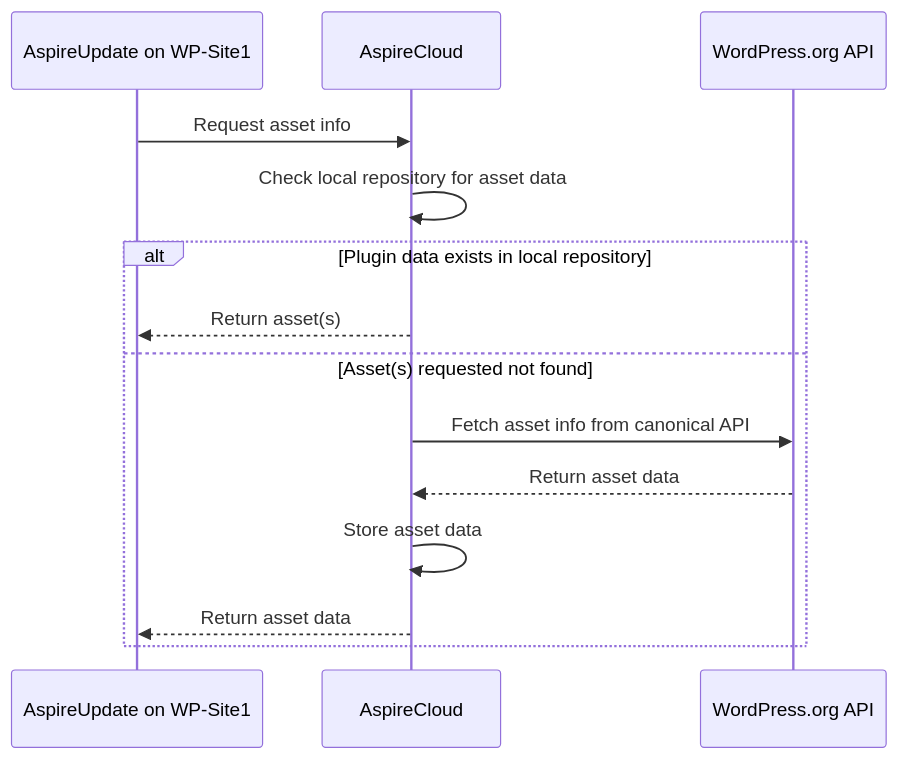
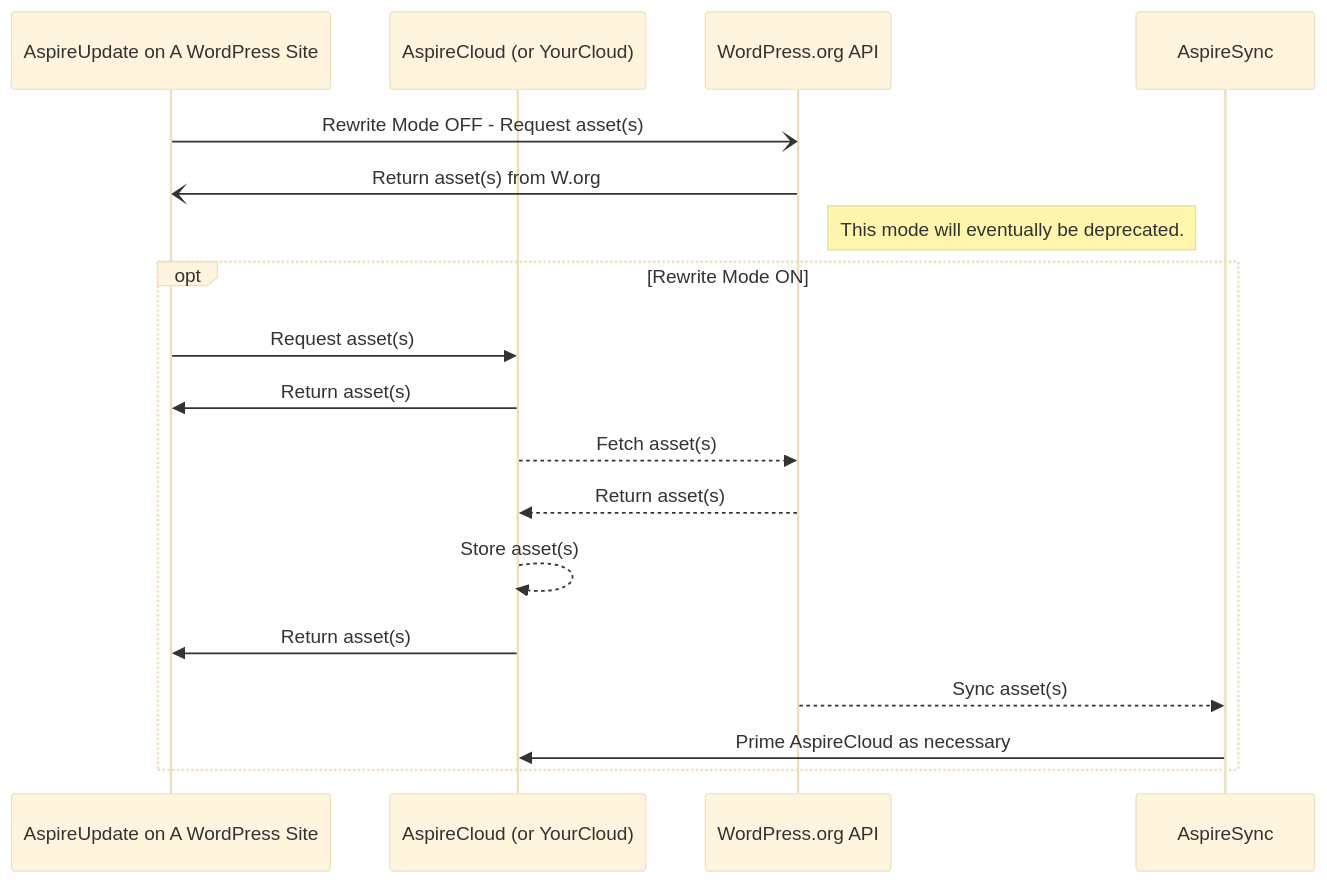
One commit to aspirepress/documentation changed the diagram in docs/aspireupdate/index.md. Above: the diagram before and after it, drawn with Mermaid. The commit also changed other lines of this file and 1 other file, not shown here.

Commit message:
update diagrams on AspireUpdate and AspireCloud (#9)
* added testing instructions courtesty of Colin Stewart (@costdev)

* added a new diagram for overall architecture

* updated contributors, added diagram on aspirecloud for federation model

````diff
--- a/docs/aspireupdate/index.md
+++ b/docs/aspireupdate/index.md
@@ -34,17 +34,24 @@
 ```mermaid
-sequenceDiagram;
-    participant SiteA as AspireUpdate on WP-Site1;
-    participant CentralAPI as AspireCloud;
-    participant WPRepo as WordPress.org API;
-
-    SiteA->>CentralAPI: Request asset info;
-    CentralAPI->>CentralAPI: Check local repository for asset data;
-    alt Plugin data exists in local repository;
-        CentralAPI-->>SiteA: Return asset(s);
-    else Asset(s) requested not found;
-        CentralAPI->>WPRepo: Fetch asset info from canonical API;
-        WPRepo-->>CentralAPI: Return asset data;
-        CentralAPI->>CentralAPI: Store asset data;
-        CentralAPI-->>SiteA: Return asset data;
-    end;
+---
+config:
+  theme: base
+---
+sequenceDiagram
+  participant AU as AspireUpdate on A WordPress Site
+  participant AC as AspireCloud (or YourCloud)
+  participant Worg as WordPress.org API
+  participant AS as AspireSync
+  AU -) Worg: Rewrite Mode OFF - Request asset(s)
+  Worg -) AU: Return asset(s) from W.org
+  Note right of Worg: This mode will eventually be deprecated.
+  opt Rewrite Mode ON
+    AU ->> AC: Request asset(s)
+    AC ->> AU: Return asset(s)
+    AC -->> Worg: Fetch asset(s)
+    Worg -->> AC: Return asset(s)
+    AC -->> AC: Store asset(s)
+    AC ->> AU: Return asset(s)
+    Worg -->> AS: Sync asset(s)
+    AS ->> AC: Prime AspireCloud as necessary
+  end
 ```
````
